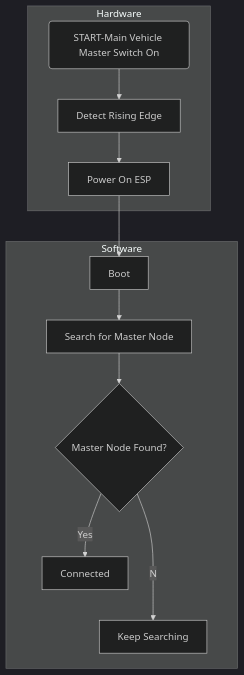
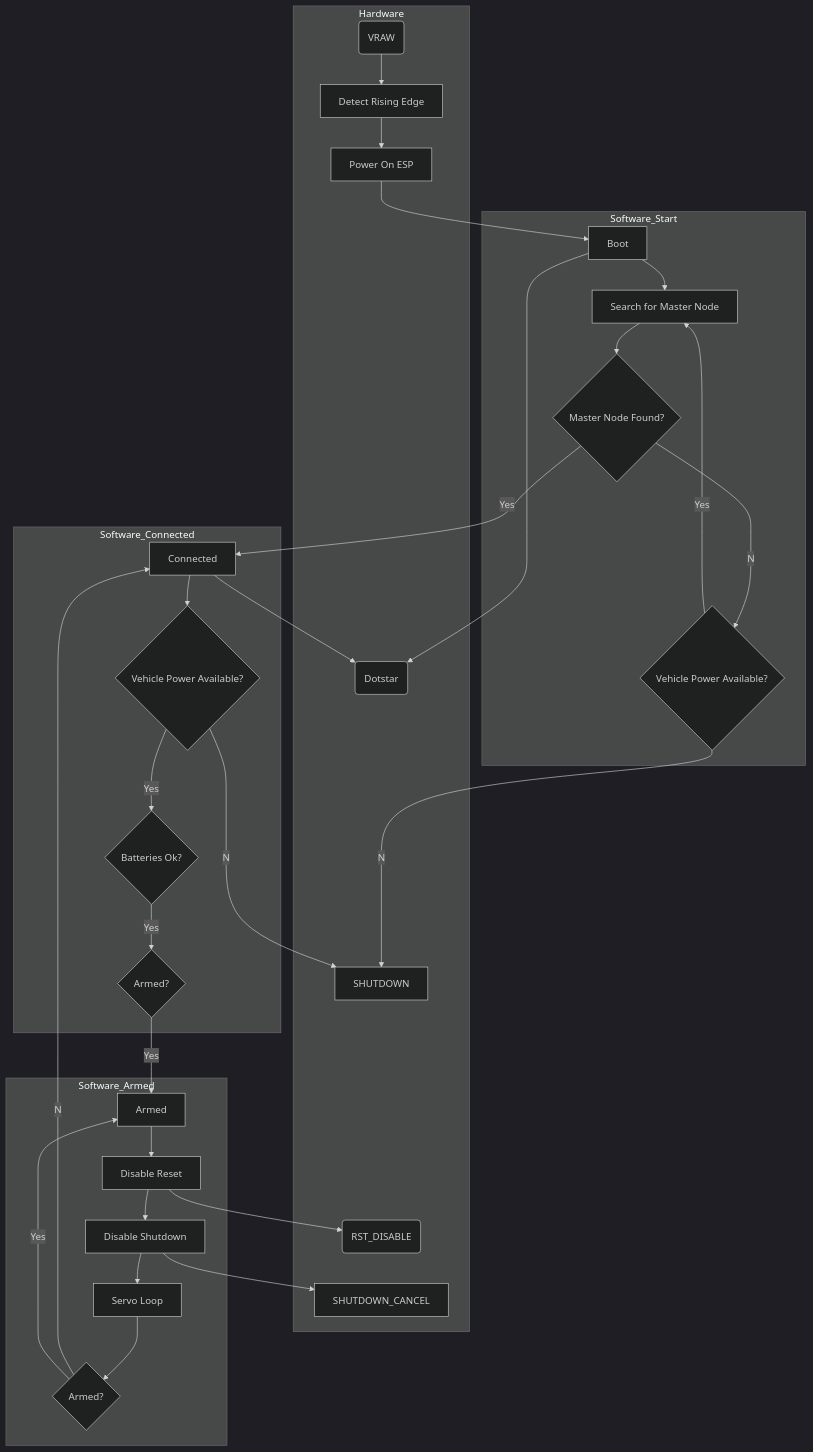
Before and after one commit to mccloudaero/evpr: the diagram in operation_mode_diagram.md, drawn with Mermaid (dark theme).

Commit message:
Update operation_mode_diagram.md
Fleshed out primary mode diagram

````diff
--- a/operation_mode_diagram.md
+++ b/operation_mode_diagram.md
@@ -4,15 +4,45 @@
 ```mermaid
 graph TB;
-  process2[Power On ESP]-->process3[Boot];
-  subgraph Hardware;
-  start(START-Main Vehicle Master Switch On)-->process1[Detect Rising Edge];
-  process1[Detect Rising Edge]-->process2[Power On ESP];
+  %% Subgraph interconnections
+  hard_process2[Power On ESP]-->soft_process1[Boot]
+  soft_process1[Boot]-->dotstar[Dotstar]
+  decision1{Master Node Found?}--Yes-->process3A[Connected]
+  process3A[Connected]-->dotstar[Dotstar]
+  decision2{Vehicle Power Available?}--No-->shutdown[SHUTDOWN]
+  decision3{Vehicle Power Available?}--No-->shutdown[SHUTDOWN]
+  decision5{Armed?}--Yes-->armed1[Armed]
+  armed2[Disable Reset]-->rst_disable(RST_DISABLE)
+  armed3[Disable Shutdown]-->shutdown_cancel[SHUTDOWN_CANCEL]
+  decision6{Armed?}--No-->process3A[Connected]
+  
+  subgraph Hardware
+  vraw(VRAW)-->hard_process1[Detect Rising Edge]
+  hard_process1[Detect Rising Edge]-->hard_process2[Power On ESP]
+  shutdown[SHUTDOWN]
+  dotstar(Dotstar)
+  rst_disable(RST_DISABLE)
+  shutdown_cancel[SHUTDOWN_CANCEL]
   end
-  subgraph Software;
-  process3[Boot]-->process4[Search for Master Node];
-  process4[Search for Master Node]-->decision1{Master Node Found?};
-  decision1{Master Node Found?}--Yes-->process5[Connected];
-  decision1{Master Node Found?}--No-->process6[Keep Searching];
+
+  subgraph Software_Start
+  soft_process1[Boot]-->soft_process2[Search for Master Node]
+  soft_process2[Search for Master Node]-->decision1{Master Node Found?}
+  decision1{Master Node Found?}--No-->decision2{Vehicle Power Available?}
+  decision2{Vehicle Power Available?}--Yes-->soft_process2[Search for Master Node]
+  end
+
+  subgraph Software_Connected
+  process3A[Connected]-->decision3{Vehicle Power Available?}
+  decision3{Vehicle Power Available?}--Yes-->decision4{Batteries Ok?}
+  decision4{Batteries Ok?}--Yes-->decision5{Armed?}
+  end
+  
+  subgraph Software_Armed
+  armed1[Armed]-->armed2[Disable Reset]
+  armed2[Disable Reset]-->armed3[Disable Shutdown]
+  armed3[Disable Shutdown]-->armed4[Servo Loop]
+  armed4[Servo Loop]-->decision6{Armed?}
+  decision6{Armed?}--Yes-->armed1[Armed]
   end
  
 ```
````
